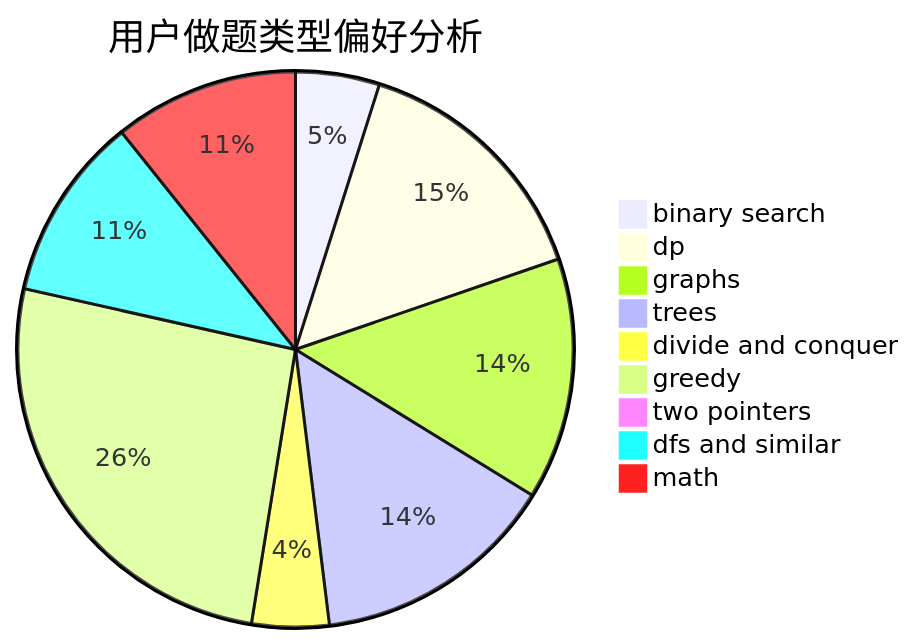
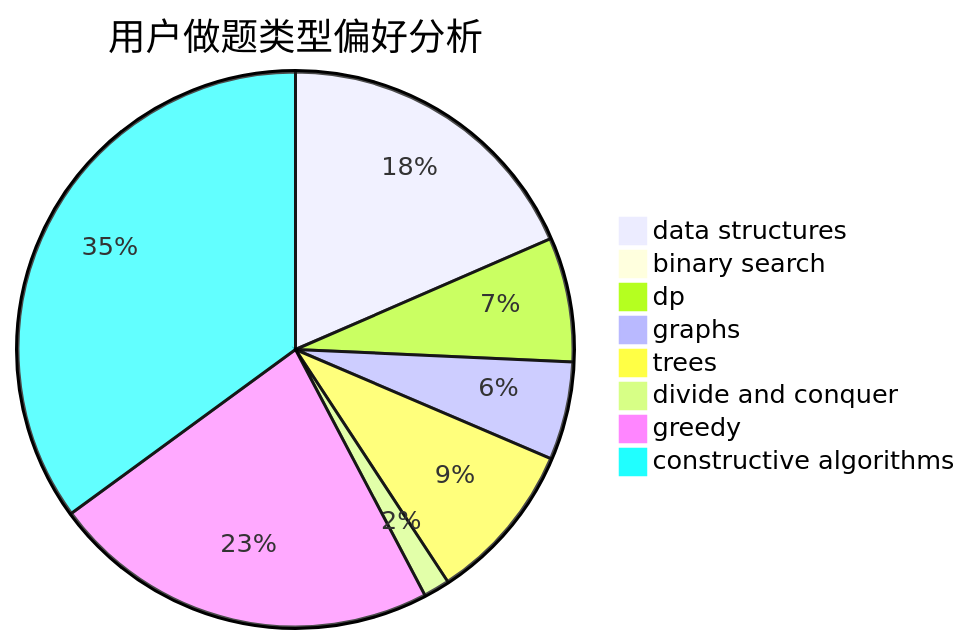
Before and after one commit to sherpahu/cfrs.github.io: the second of 3 diagrams in docs/user/u1404.md, drawn with Mermaid. The commit also changed other lines of this file and 2775 other files, not shown here.

````diff
--- a/docs/user/u1404.md
+++ b/docs/user/u1404.md
@@ -23,12 +23,11 @@
 ```mermaid
 pie title 用户做题类型偏好分析
-    "binary search" :  25
-    "dp" :  76
-    "graphs" :  72
-    "trees" :  73
-    "divide and conquer" :  23
-    "greedy" :  133
-    "two pointers" :  5
-    "dfs and similar" :  55
-    "math" :  55
+    "data structures" :  97
+    "binary search" :  0
+    "dp" :  38
+    "graphs" :  30
+    "trees" :  49
+    "divide and conquer" :  8
+    "greedy" :  119
+    "constructive algorithms" :  184
 ```
````
